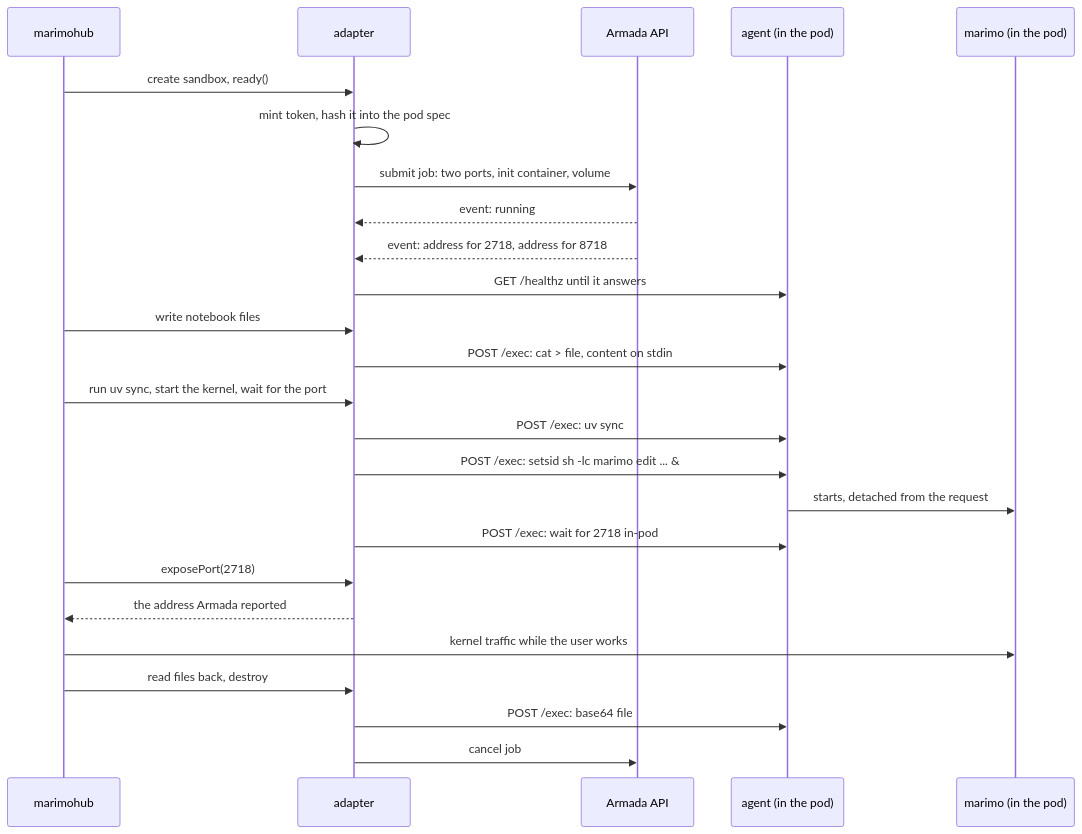
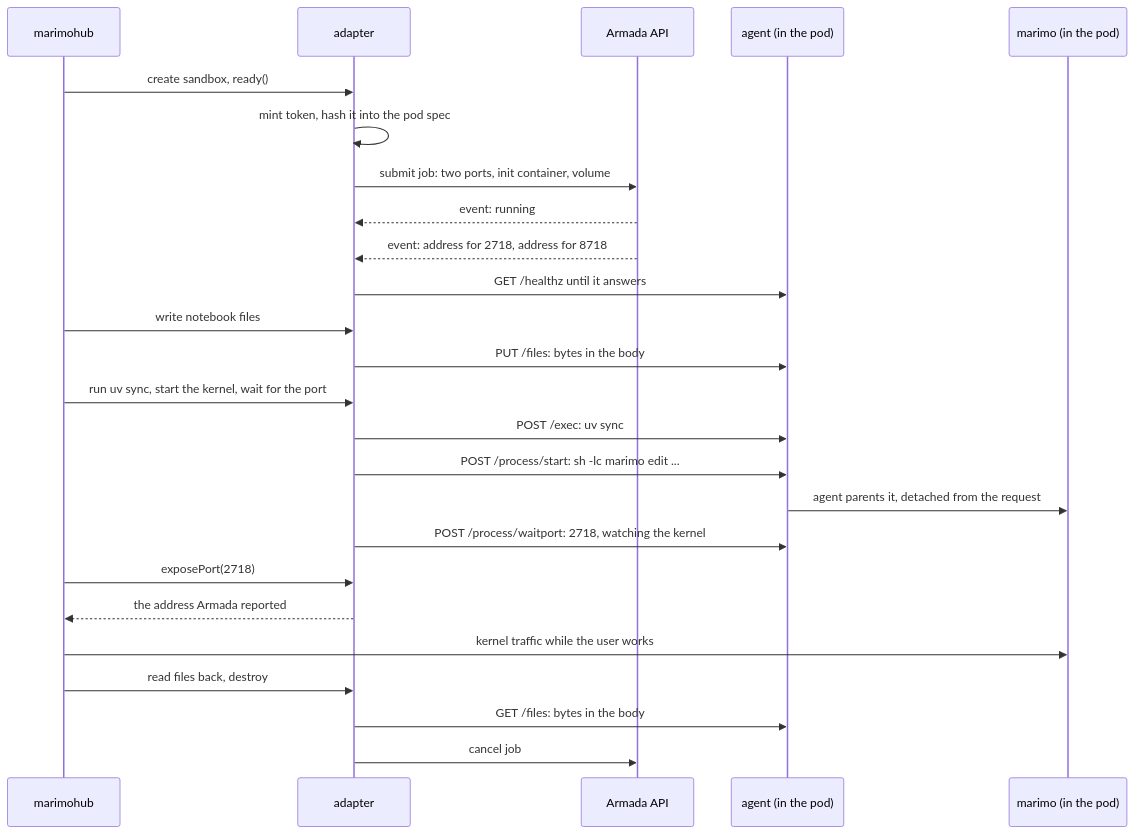
One commit to G-Research/marimohub-compute-armada changed the third of 3 diagrams in docs/ARCHITECTURE.md. Above: the diagram before and after it, drawn with Mermaid. The commit also changed other lines of this file and 21 other files, not shown here.

First line of the commit message:
Add process and file requests to the agent, delete the workarounds

````diff
--- a/docs/ARCHITECTURE.md
+++ b/docs/ARCHITECTURE.md
@@ -115,27 +122,27 @@
 ```mermaid
 sequenceDiagram
   participant H as marimohub
   participant A as adapter
   participant R as Armada API
   participant G as agent (in the pod)
   participant K as marimo (in the pod)
   H->>A: create sandbox, ready()
   A->>A: mint token, hash it into the pod spec
   A->>R: submit job: two ports, init container, volume
   R-->>A: event: running
   R-->>A: event: address for 2718, address for 8718
   A->>G: GET /healthz until it answers
   H->>A: write notebook files
-  A->>G: POST /exec: cat > file, content on stdin
+  A->>G: PUT /files: bytes in the body
   H->>A: run uv sync, start the kernel, wait for the port
   A->>G: POST /exec: uv sync
-  A->>G: POST /exec: setsid sh -lc marimo edit ... &
-  G->>K: starts, detached from the request
-  A->>G: POST /exec: wait for 2718 in-pod
+  A->>G: POST /process/start: sh -lc marimo edit ...
+  G->>K: agent parents it, detached from the request
+  A->>G: POST /process/waitport: 2718, watching the kernel
   H->>A: exposePort(2718)
   A-->>H: the address Armada reported
   H->>K: kernel traffic while the user works
   H->>A: read files back, destroy
-  A->>G: POST /exec: base64 file
+  A->>G: GET /files: bytes in the body
   A->>R: cancel job
 ```
````
